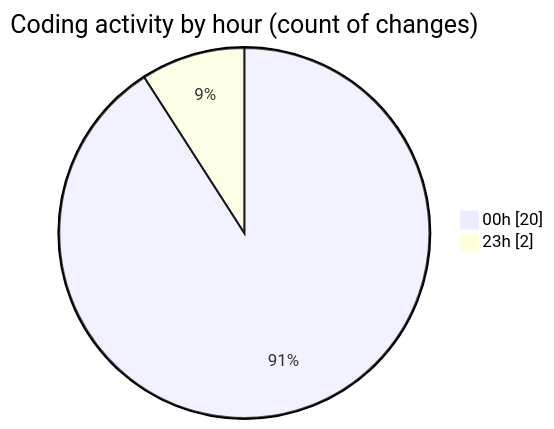
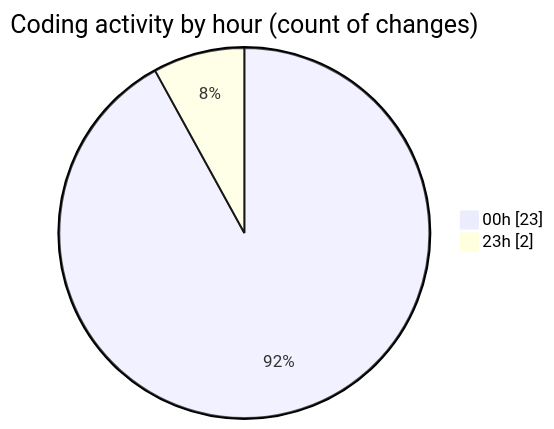
One commit to Elitesun/code-tracking changed the second of 2 diagrams in 2025-05-29/advertise/README.md. Above: the diagram before and after it, drawn with Mermaid. The commit also changed other lines of this file and 1 other file, not shown here.

````diff
--- a/2025-05-29/advertise/README.md
+++ b/2025-05-29/advertise/README.md
@@ -35,6 +35,6 @@
 ```mermaid
 pie showData
 title Coding activity by hour (count of changes)
-"00h" : 20
+"00h" : 23
 "23h" : 2
 ```
````
